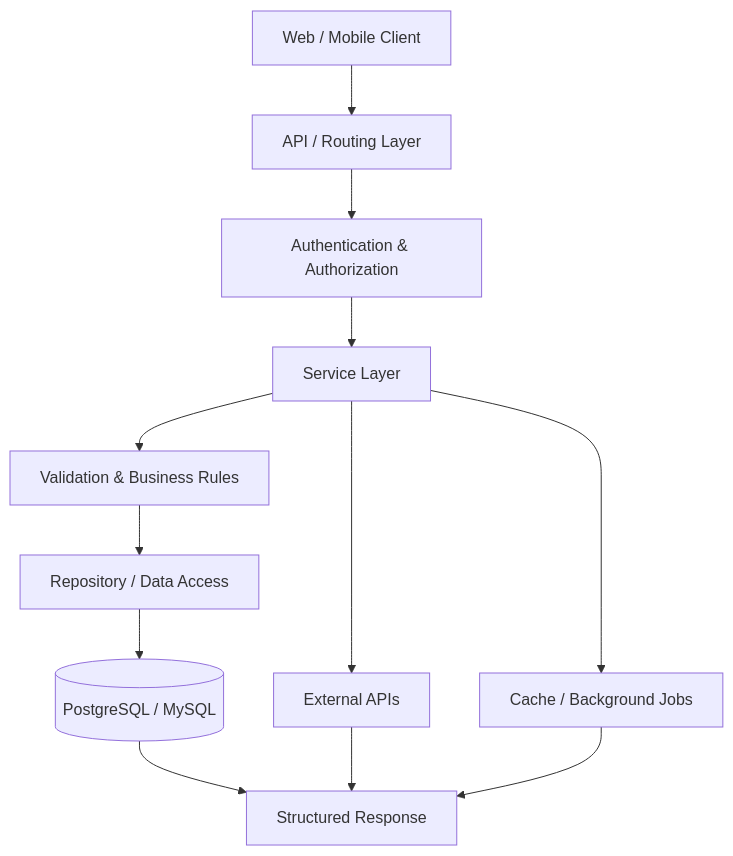
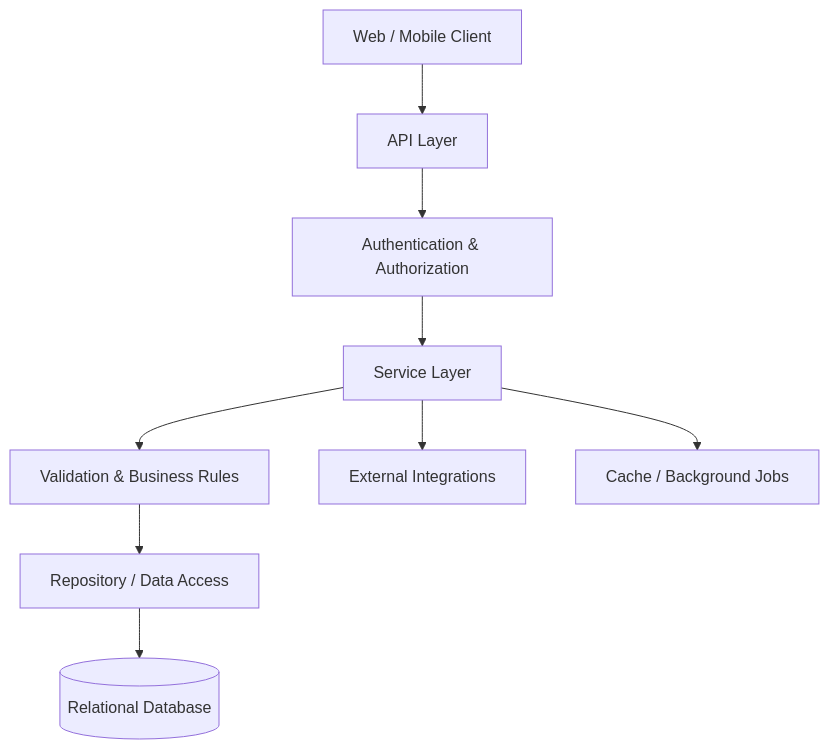
One commit to Aravindan-001/Aravindan-001 changed the first of 2 diagrams in README.md. Above: the diagram before and after it, drawn with Mermaid. The commit also changed other lines of this file, not shown here.

````diff
--- a/README.md
+++ b/README.md
@@ -265,14 +285,11 @@
 ```mermaid
 flowchart TD
-    A["Web / Mobile Client"] --> B["API / Routing Layer"]
+    A["Web / Mobile Client"] --> B["API Layer"]
     B --> C["Authentication & Authorization"]
     C --> D["Service Layer"]
     D --> E["Validation & Business Rules"]
     E --> F["Repository / Data Access"]
-    F --> G[("PostgreSQL / MySQL")]
-    D --> H["External APIs"]
+    F --> G[("Relational Database")]
+    D --> H["External Integrations"]
     D --> I["Cache / Background Jobs"]
-    G --> J["Structured Response"]
-    H --> J
-    I --> J
 ```
````
